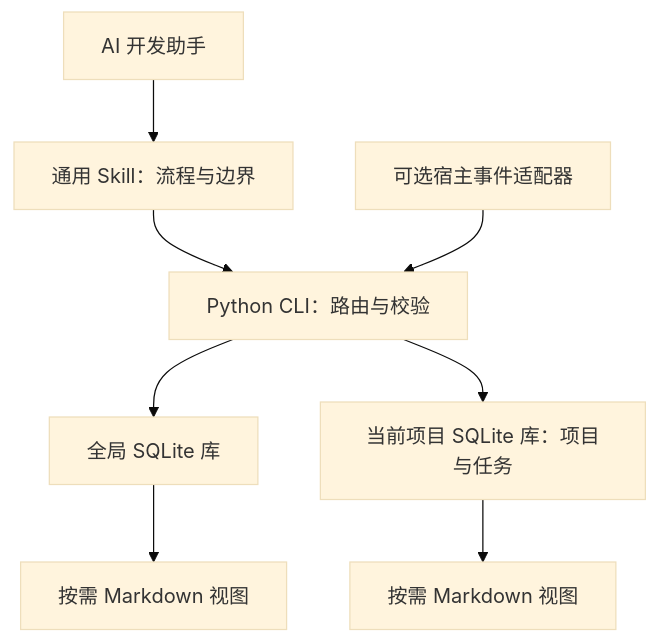
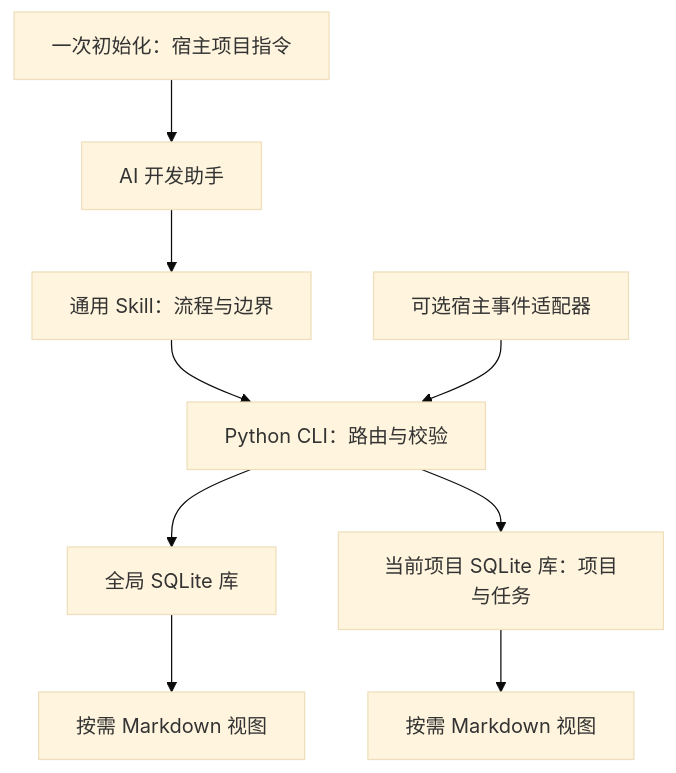
One commit to chrisstarr7/dev-memory changed the diagram in README.md. Above: the diagram before and after it, drawn with Mermaid (base theme). The commit also changed other lines of this file and 22 other files, not shown here.

````diff
--- a/README.md
+++ b/README.md
@@ -97,10 +86,11 @@
 ```mermaid
 flowchart TD
-    A[AI 开发助手] --> S[通用 Skill：流程与边界]
+    I[一次初始化：宿主项目指令] --> A[AI 开发助手]
+    A --> S[通用 Skill：流程与边界]
     S --> C[Python CLI：路由与校验]
     H[可选宿主事件适配器] --> C
     C --> G[全局 SQLite 库]
     C --> P[当前项目 SQLite 库：项目与任务]
     G --> GV[按需 Markdown 视图]
     P --> PV[按需 Markdown 视图]
 ```
````
